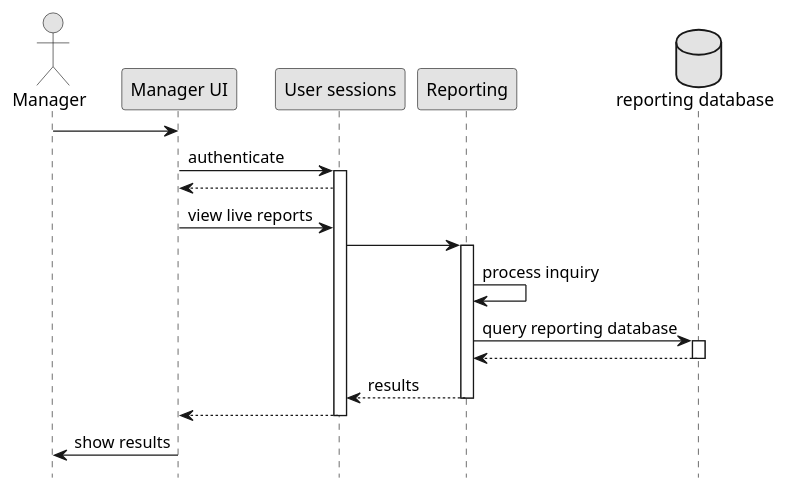
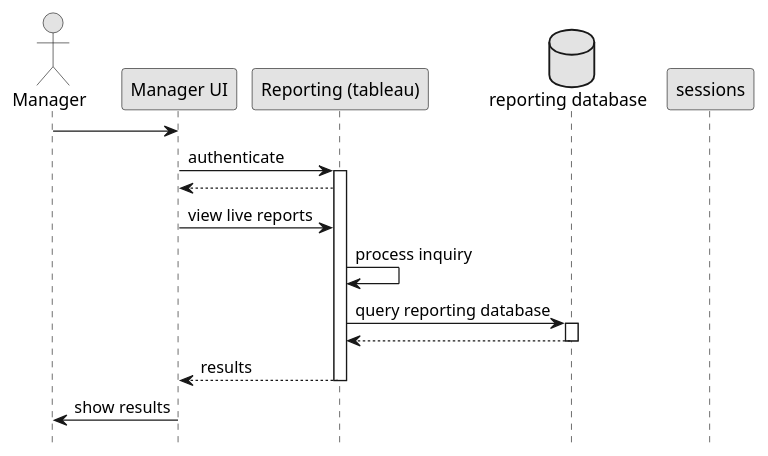
One commit to myaser/architecture-kata changed the first of 3 diagrams in docs/diagrams/src/manager-reporting-sequence-diagram.plantuml. Above: the diagram before and after it, drawn with PlantUML. The commit also changed 3 other files, not shown here.

Commit message:
correct diagrams

```diff
--- a/docs/diagrams/src/manager-reporting-sequence-diagram.plantuml
+++ b/docs/diagrams/src/manager-reporting-sequence-diagram.plantuml
@@ -1,31 +1,26 @@
 @startuml View Live Reports
 skinparam shadowing false
 skinparam monochrome true
 hide footbox
 
 actor Manager
 participant "Manager UI" as UI
-participant "User sessions" as sessions
-participant "Reporting" as reporting
+participant "Reporting (tableau)" as reporting
 database "reporting database" as db
 
 Manager -> UI
-UI -> sessions: authenticate
-activate sessions
-UI <-- sessions
-UI -> sessions: view live reports
-sessions -> reporting
+UI -> reporting: authenticate
 activate reporting
+UI <-- reporting
+UI -> reporting: view live reports
 reporting -> reporting: process inquiry
 reporting -> db: query reporting database
 activate db
 reporting <-- db
 deactivate db
-sessions <-- reporting: results
+UI <-- reporting: results
 deactivate reporting
-
-UI <-- sessions: 
 deactivate sessions
 UI -> Manager: show results
 
 @enduml
```
